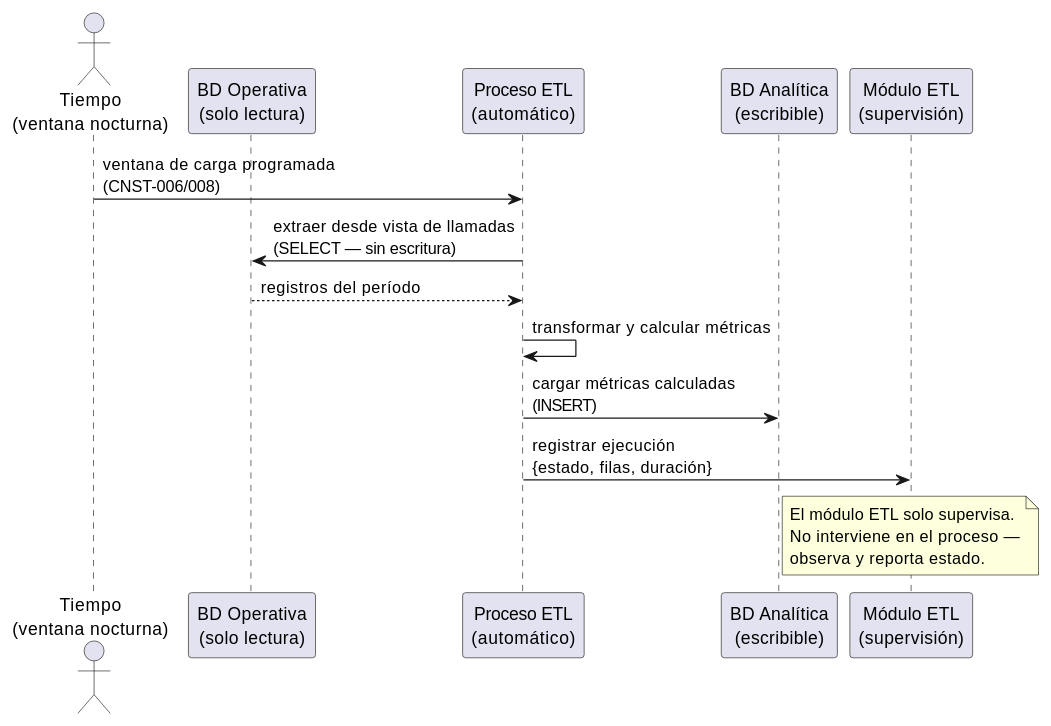
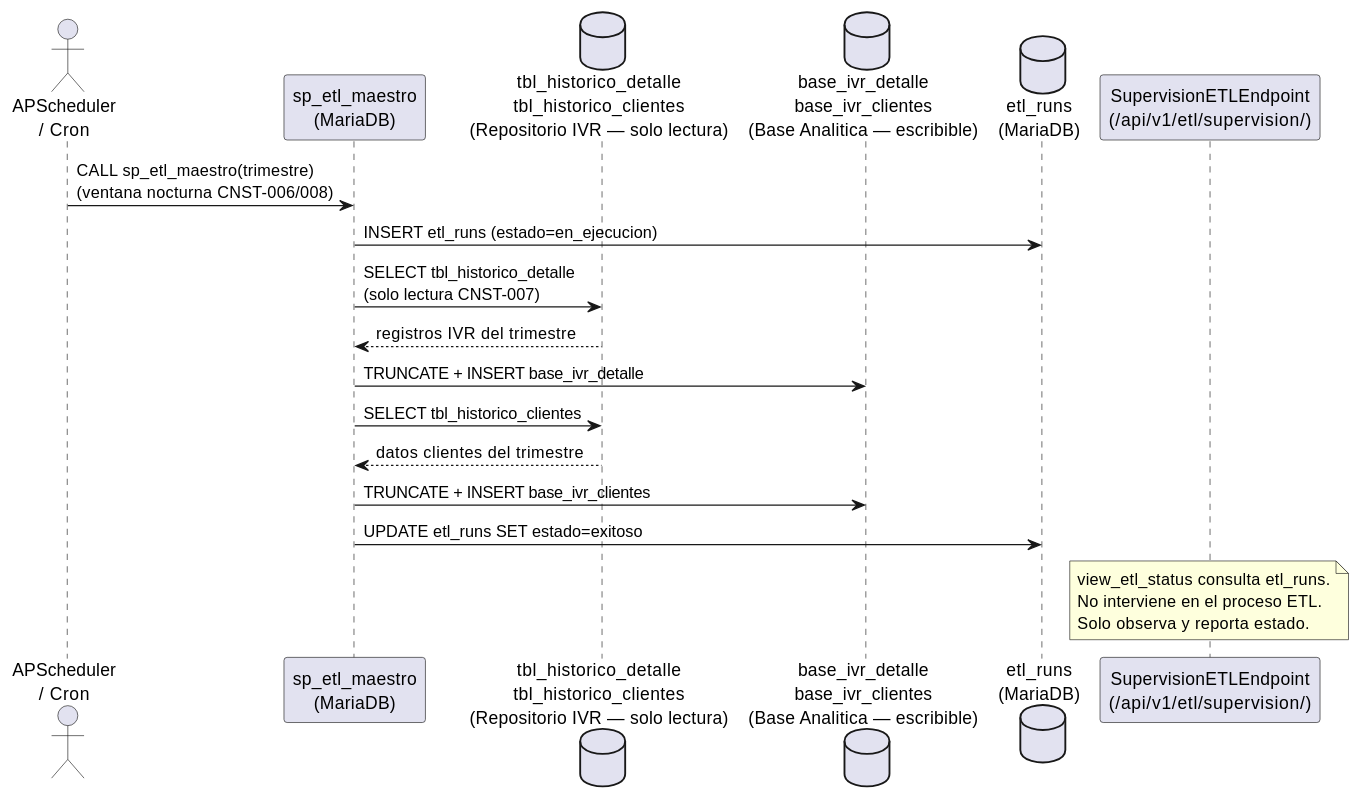
One commit to jcg-admin/IACT-docs changed the first of 3 diagrams in source/arquitectura-tecnica/modulos/etl-monitoring/diagramas.rst. Above: the diagram before and after it, drawn with PlantUML. The commit also changed other lines of this file and 1 other file, not shown here.

First line of the commit message:
Expand ETL and reports module diagrams with MariaDB architecture

```diff
--- a/source/arquitectura-tecnica/modulos/etl-monitoring/diagramas.rst
+++ b/source/arquitectura-tecnica/modulos/etl-monitoring/diagramas.rst
@@ -11,25 +11,29 @@
 .. uml::
- :caption: Flujo ETL nocturno — el Actor Tiempo dispara la ventana de carga (CNST-006/008).
+ :caption: Secuencia ETL nocturno con sp_etl_maestro sobre MariaDB (CNST-006/008).
 
  @startuml
 
- actor "Tiempo\n(ventana nocturna)" as T
- participant "BD Operativa\n(solo lectura)" as BDO
- participant "Proceso ETL\n(automático)" as ETL
- participant "BD Analítica\n(escribible)" as BDA
- participant "Módulo ETL\n(supervisión)" as MON
+ actor "APScheduler\n/ Cron" as SCH
+ participant "sp_etl_maestro\n(MariaDB)" as ETL
+ database "tbl_historico_detalle\ntbl_historico_clientes\n(Repositorio IVR — solo lectura)" as SRC
+ database "base_ivr_detalle\nbase_ivr_clientes\n(Base Analitica — escribible)" as DEST
+ database "etl_runs\n(MariaDB)" as LOG
+ participant "SupervisionETLEndpoint\n(/api/v1/etl/supervision/)" as MON
 
- T -> ETL : ventana de carga programada\n(CNST-006/008)
- ETL -> BDO : extraer desde vista de llamadas\n(SELECT — sin escritura)
- BDO --> ETL : registros del período
- ETL -> ETL : transformar y calcular métricas
- ETL -> BDA : cargar métricas calculadas\n(INSERT)
- ETL -> MON : registrar ejecución\n{estado, filas, duración}
+ SCH -> ETL : CALL sp_etl_maestro(trimestre)\n(ventana nocturna CNST-006/008)
+ ETL -> LOG : INSERT etl_runs (estado=en_ejecucion)
+ ETL -> SRC : SELECT tbl_historico_detalle\n(solo lectura CNST-007)
+ SRC --> ETL : registros IVR del trimestre
+ ETL -> DEST : TRUNCATE + INSERT base_ivr_detalle
+ ETL -> SRC : SELECT tbl_historico_clientes
+ SRC --> ETL : datos clientes del trimestre
+ ETL -> DEST : TRUNCATE + INSERT base_ivr_clientes
+ ETL -> LOG : UPDATE etl_runs SET estado=exitoso
 
  note over MON
-   El módulo ETL solo supervisa.
-   No interviene en el proceso —
-   observa y reporta estado.
+   view_etl_status consulta etl_runs.
+   No interviene en el proceso ETL.
+   Solo observa y reporta estado.
  end note
 
  @enduml
```
